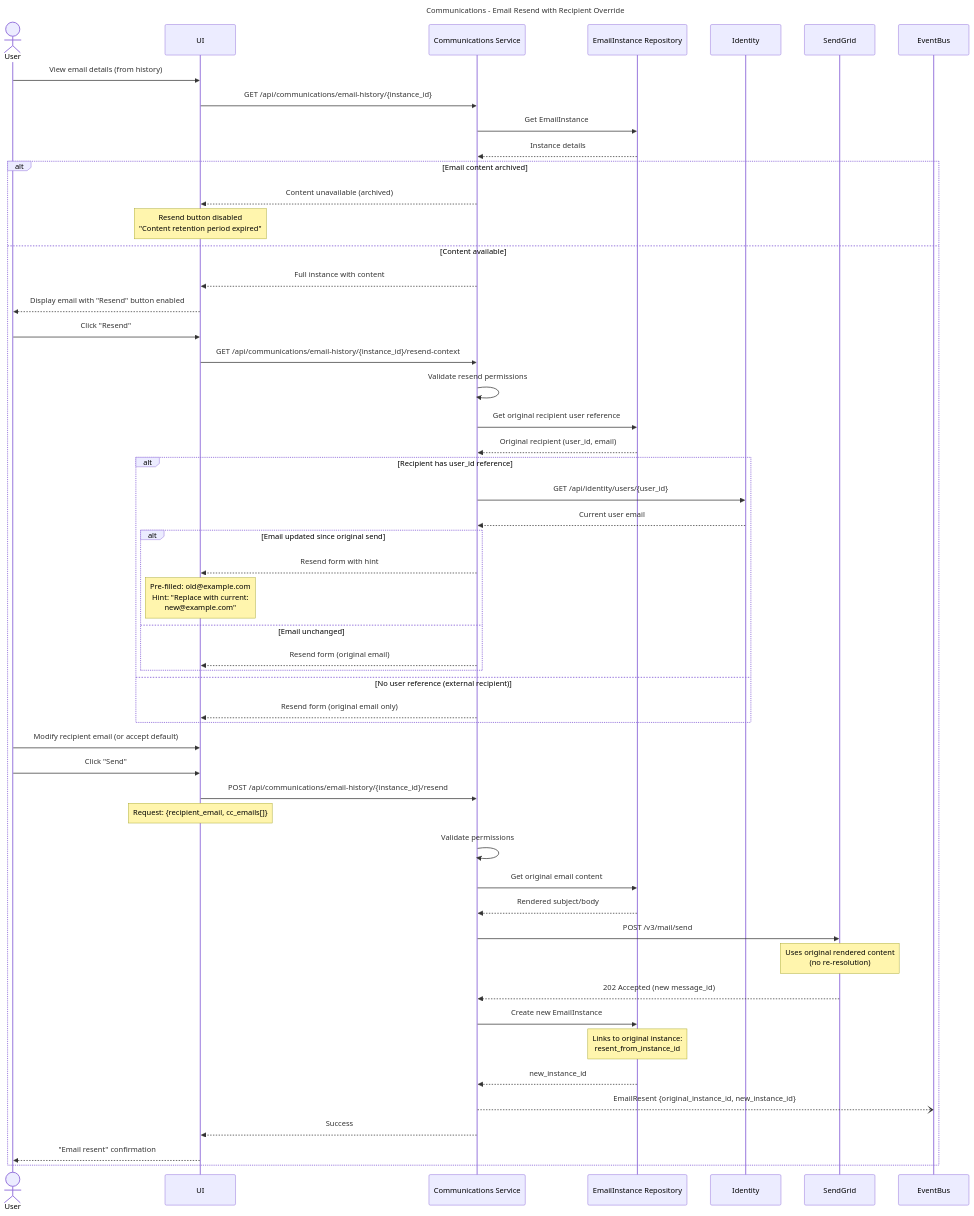
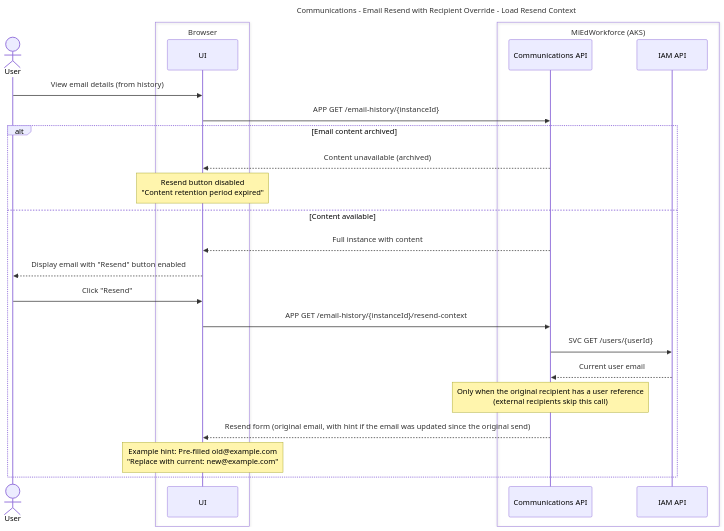
One commit to mnichols-dl/mied-design changed the seventh of 15 diagrams in working-docs/solution-areas/communications/communications-sequences.md. Above: the diagram before and after it, drawn with Mermaid. The commit also changed other lines of this file and 34 other files, not shown here.

Commit message:
Update sequences and perform RTM assessment

````diff
--- a/working-docs/solution-areas/communications/communications-sequences.md
+++ b/working-docs/solution-areas/communications/communications-sequences.md
@@ -348,69 +381,35 @@
 ```mermaid
 ---
-title: Communications - Email Resend with Recipient Override
+title: Communications - Email Resend with Recipient Override - Load Resend Context
 ---
 sequenceDiagram
     actor User
+    box Browser
     participant UI
-    participant Comms as Communications Service
-    participant InstanceRepo as EmailInstance Repository
-    participant Identity
-    participant SendGrid
-    participant EventBus
-    
+    end
+    box MiEdWorkforce (AKS)
+    participant CommApi as Communications API
+    participant IamApi as IAM API
+    end
+
     User->>UI: View email details (from history)
-    UI->>Comms: GET /api/communications/email-history/{instance_id}
-    Comms->>InstanceRepo: Get EmailInstance
-    InstanceRepo-->>Comms: Instance details
-    
+    UI->>CommApi: APP GET /email-history/{instanceId}
+
     alt Email content archived
-        Comms-->>UI: Content unavailable (archived)
+        CommApi-->>UI: Content unavailable (archived)
         Note over UI: Resend button disabled<br/>"Content retention period expired"
     else Content available
-        Comms-->>UI: Full instance with content
+        CommApi-->>UI: Full instance with content
         UI-->>User: Display email with "Resend" button enabled
-        
+
         User->>UI: Click "Resend"
-        UI->>Comms: GET /api/communications/email-history/{instance_id}/resend-context
-        
-        Comms->>Comms: Validate resend permissions
-        Comms->>InstanceRepo: Get original recipient user reference
-        InstanceRepo-->>Comms: Original recipient (user_id, email)
-        
-        alt Recipient has user_id reference
-            Comms->>Identity: GET /api/identity/users/{user_id}
-            Identity-->>Comms: Current user email
-            
-            alt Email updated since original send
-                Comms-->>UI: Resend form with hint
-                Note over UI: Pre-filled: old@example.com<br/>Hint: "Replace with current:<br/>new@example.com"
-            else Email unchanged
-                Comms-->>UI: Resend form (original email)
-            end
-        else No user reference (external recipient)
-            Comms-->>UI: Resend form (original email only)
-        end
-        
-        User->>UI: Modify recipient email (or accept default)
-        User->>UI: Click "Send"
-        
-        UI->>Comms: POST /api/communications/email-history/{instance_id}/resend
-        Note over UI: Request: {recipient_email, cc_emails[]}
-        
-        Comms->>Comms: Validate permissions
-        Comms->>InstanceRepo: Get original email content
-        InstanceRepo-->>Comms: Rendered subject/body
-        
-        Comms->>SendGrid: POST /v3/mail/send
-        Note over SendGrid: Uses original rendered content<br/>(no re-resolution)
-        SendGrid-->>Comms: 202 Accepted (new message_id)
-        
-        Comms->>InstanceRepo: Create new EmailInstance
-        Note over InstanceRepo: Links to original instance:<br/>resent_from_instance_id
-        InstanceRepo-->>Comms: new_instance_id
-        
-        Comms--)EventBus: EmailResent {original_instance_id, new_instance_id}
-        Comms-->>UI: Success
-        UI-->>User: "Email resent" confirmation
+        UI->>CommApi: APP GET /email-history/{instanceId}/resend-context
+
+        CommApi->>IamApi: SVC GET /users/{userId}
+        IamApi-->>CommApi: Current user email
+        Note over CommApi: Only when the original recipient has a user reference<br/>(external recipients skip this call)
+
+        CommApi-->>UI: Resend form (original email, with hint if the email was updated since the original send)
+        Note over UI: Example hint: Pre-filled old@example.com<br/>"Replace with current: new@example.com"
     end
 ```
````
